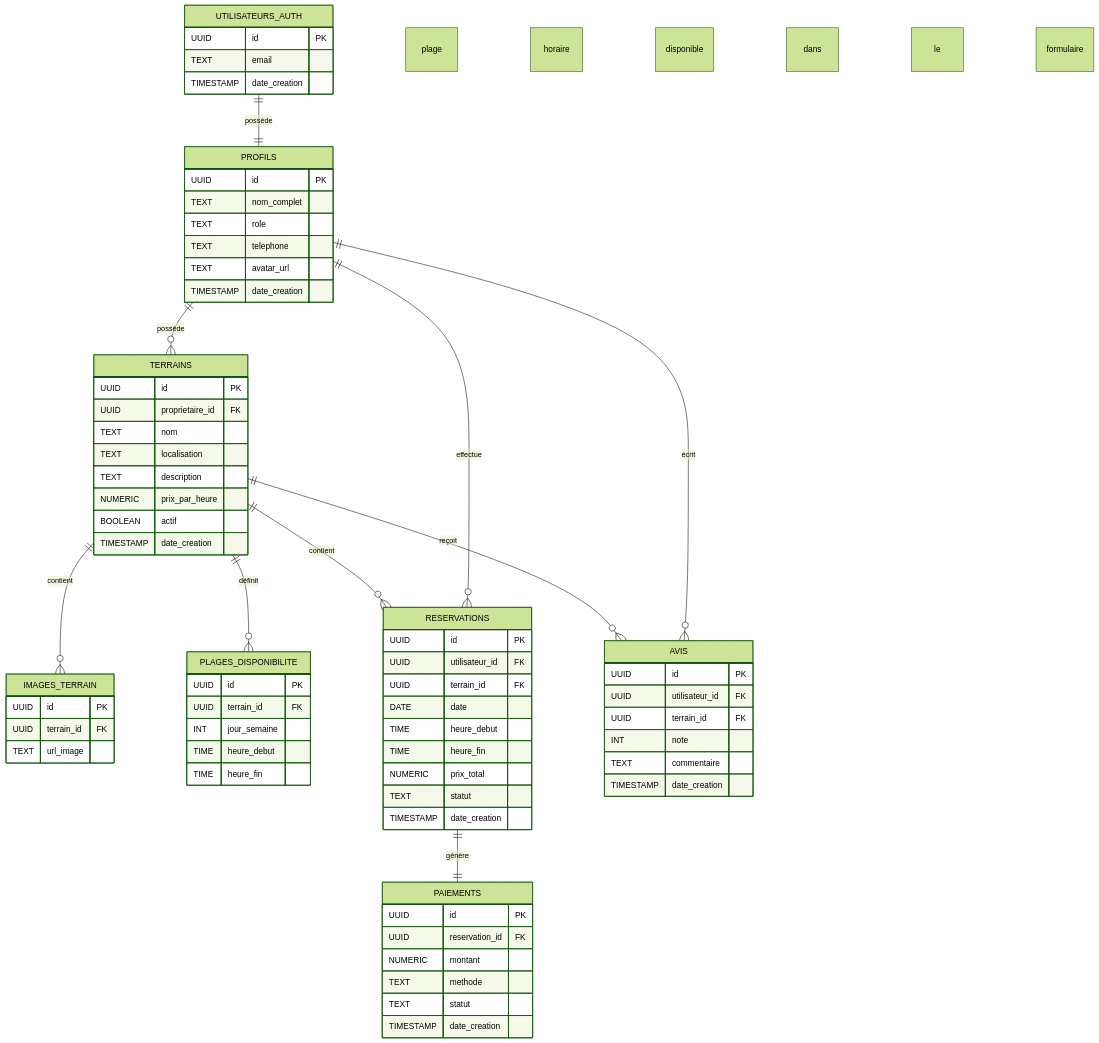
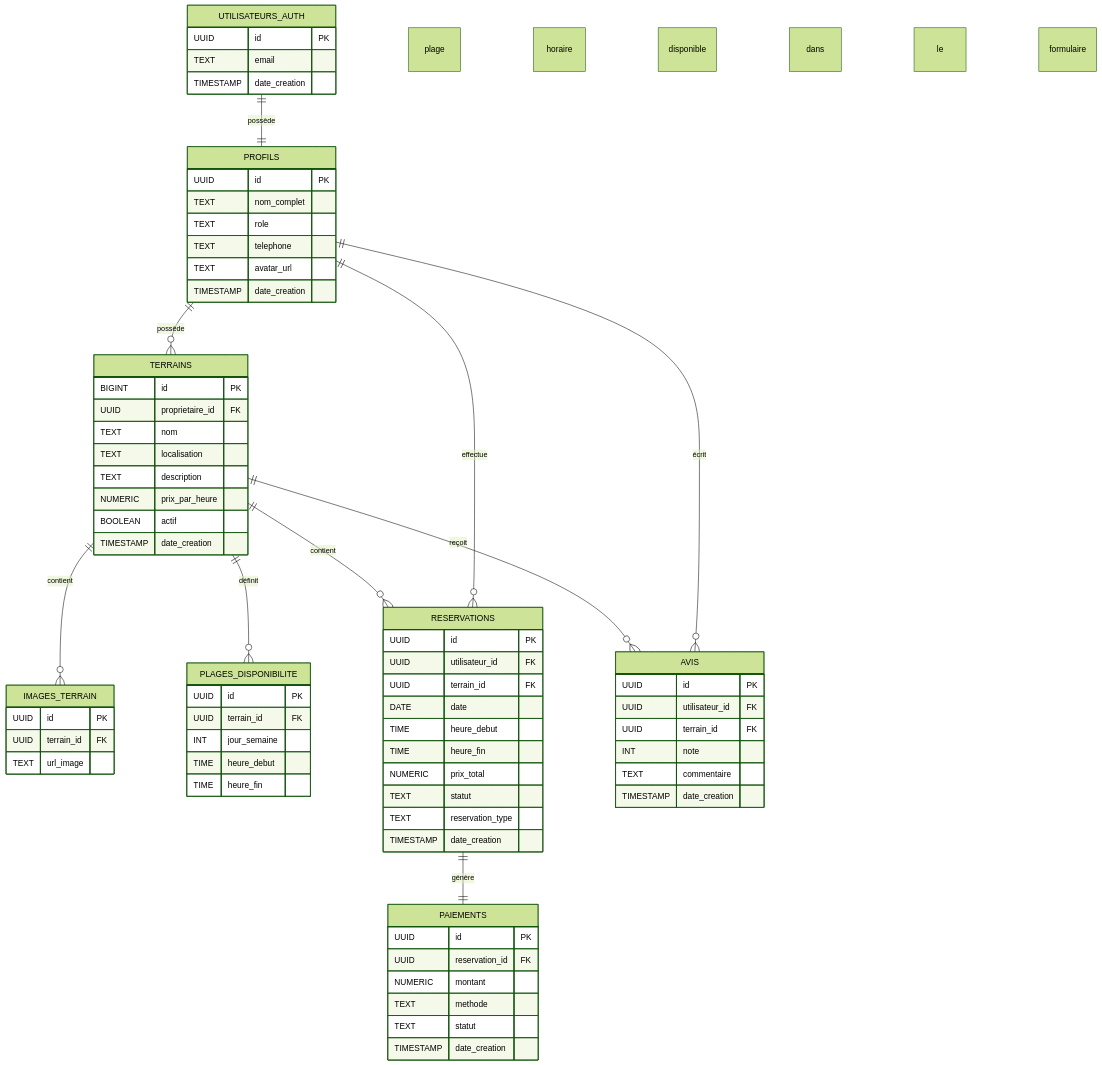
The diagram in Database.md (CodeCrafters-221/terrain-go), drawn with Mermaid (forest theme) before and after one commit. The commit also changed 12 other files, not shown here.

```diff
--- a/Database.md
+++ b/Database.md
@@ -18,7 +18,7 @@
     }
 
     TERRAINS {
-        UUID id PK
+        BIGINT id PK
         UUID proprietaire_id FK
         TEXT nom
         TEXT localisation
@@ -51,6 +51,7 @@
         TIME heure_fin
         NUMERIC prix_total
         TEXT statut
+        TEXT reservation_type
         TIMESTAMP date_creation
     }
 
```
